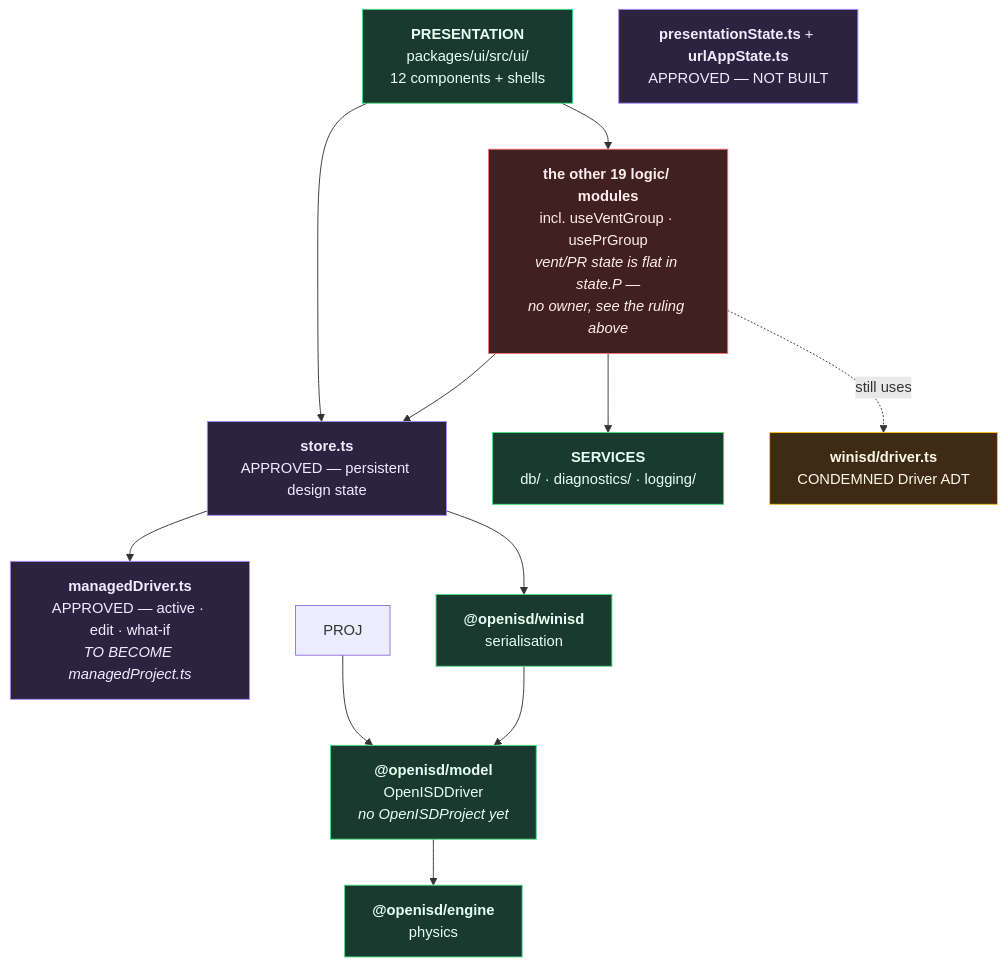
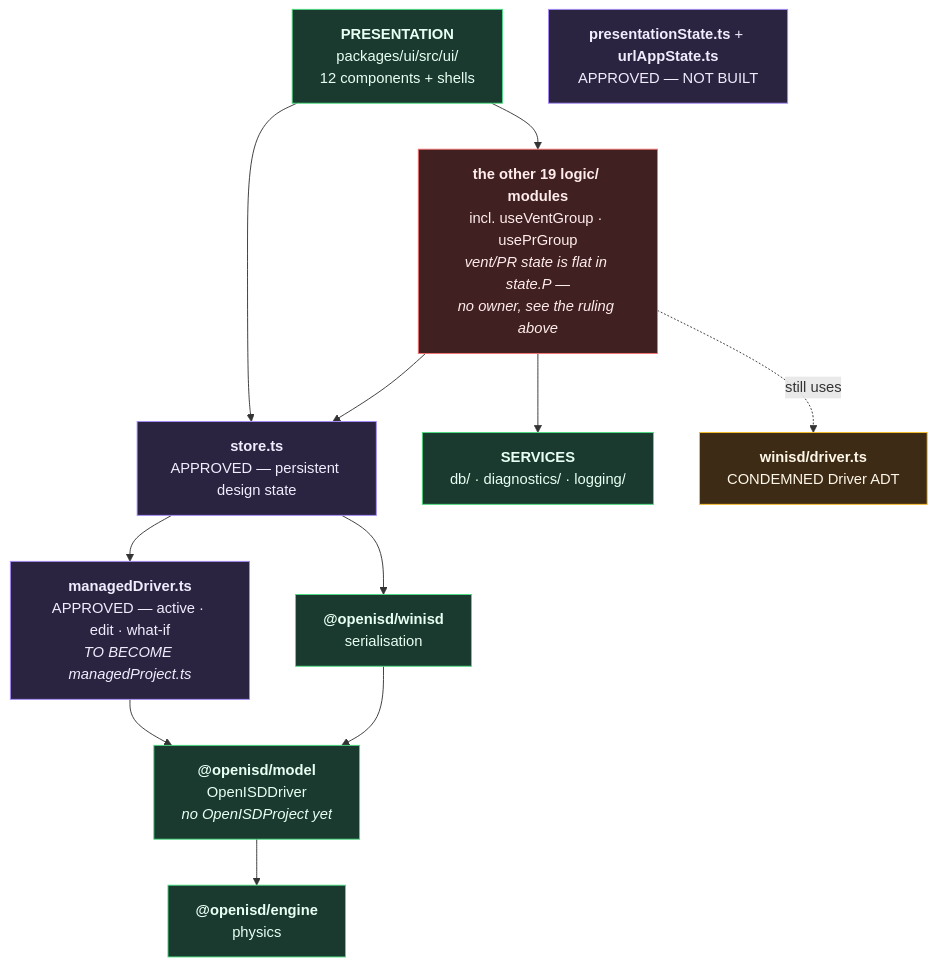
One commit to Johnlon/openisd changed the fourth of 5 diagrams in ARCHITECTURE.md. Above: the diagram before and after it, drawn with Mermaid. The commit also changed other lines of this file and 1 other file, not shown here.

````diff
--- a/ARCHITECTURE.md
+++ b/ARCHITECTURE.md
@@ -293,33 +321,33 @@
 ```mermaid
 graph TD
     UI["<b>PRESENTATION</b><br/>packages/ui/src/ui/<br/>12 components + shells"]
     STORE["<b>store.ts</b><br/>APPROVED — persistent design state"]
     MANAGED["<b>managedDriver.ts</b><br/>APPROVED — active · edit · what-if<br/><i>TO BECOME managedProject.ts</i>"]
     PRES["<b>presentationState.ts</b> + <b>urlAppState.ts</b><br/>APPROVED — NOT BUILT"]
     REST["<b>the other 19 logic/ modules</b><br/>incl. useVentGroup · usePrGroup<br/><i>vent/PR state is flat in state.P —<br/>no owner, see the ruling above</i>"]
     SVC["<b>SERVICES</b><br/>db/ · diagnostics/ · logging/"]
     MODEL["<b>@openisd/model</b><br/>OpenISDDriver<br/><i>no OpenISDProject yet</i>"]
     ENGINE["<b>@openisd/engine</b><br/>physics"]
     WINISD["<b>@openisd/winisd</b><br/>serialisation"]
     OLD["<b>winisd/driver.ts</b><br/>CONDEMNED Driver ADT"]
 
     UI --> STORE
     UI --> REST
     STORE --> MANAGED
     REST --> STORE
     REST --> SVC
-    PROJ --> MODEL
+    MANAGED --> MODEL
     MODEL --> ENGINE
     WINISD --> MODEL
     STORE --> WINISD
     REST -.still uses.-> OLD
 
     classDef ok fill:#1b3a2f,stroke:#4ade80,color:#e8fff4
     classDef approved fill:#2a2440,stroke:#a78bfa,color:#f2ecff
     classDef unplaced fill:#402020,stroke:#f87171,color:#ffecec
     classDef condemned fill:#3d2b16,stroke:#fbbf24,color:#fff8e8
     class UI,SVC,MODEL,ENGINE,WINISD ok
     class STORE,MANAGED,PRES approved
     class REST unplaced
     class OLD condemned
 ```
````
